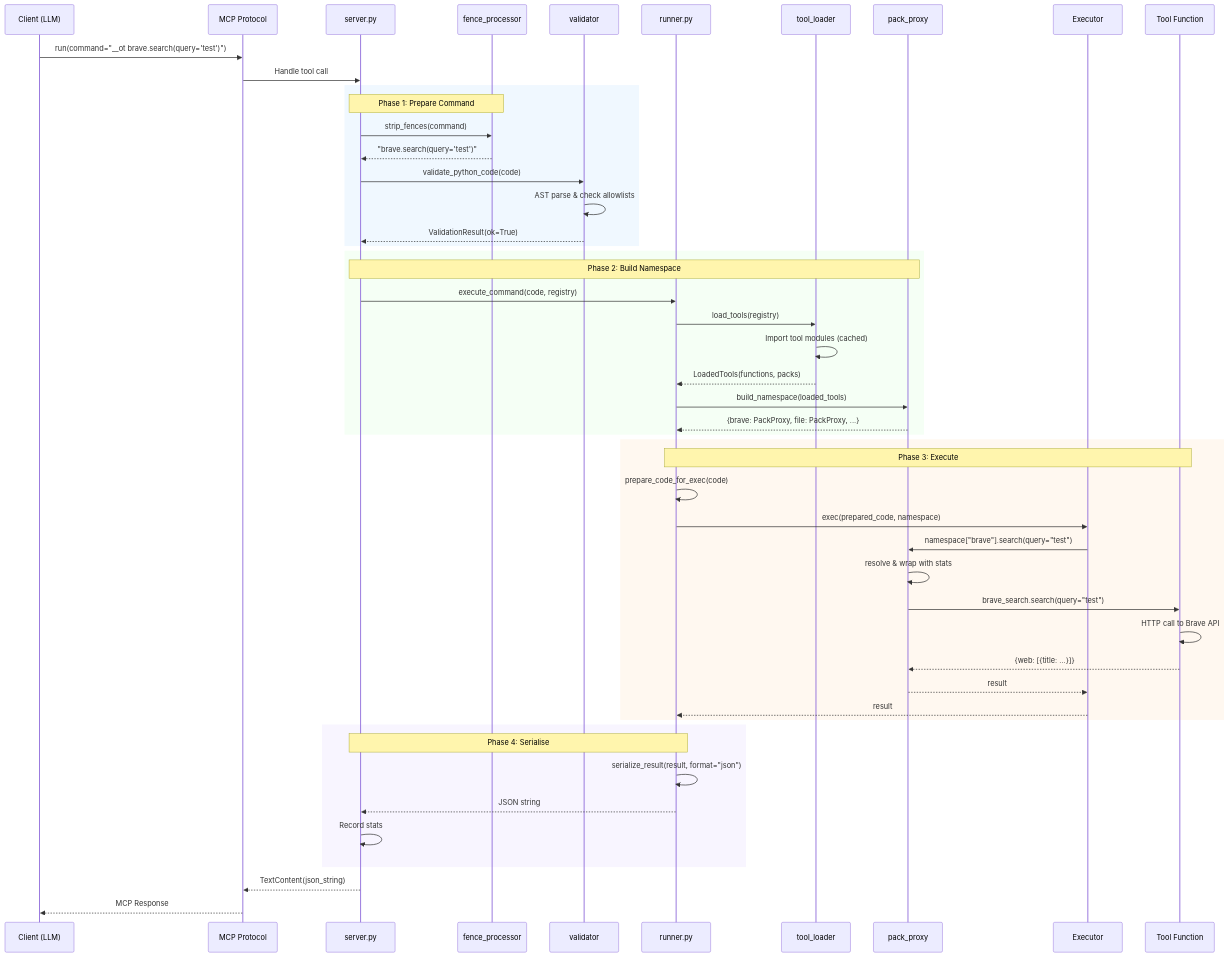
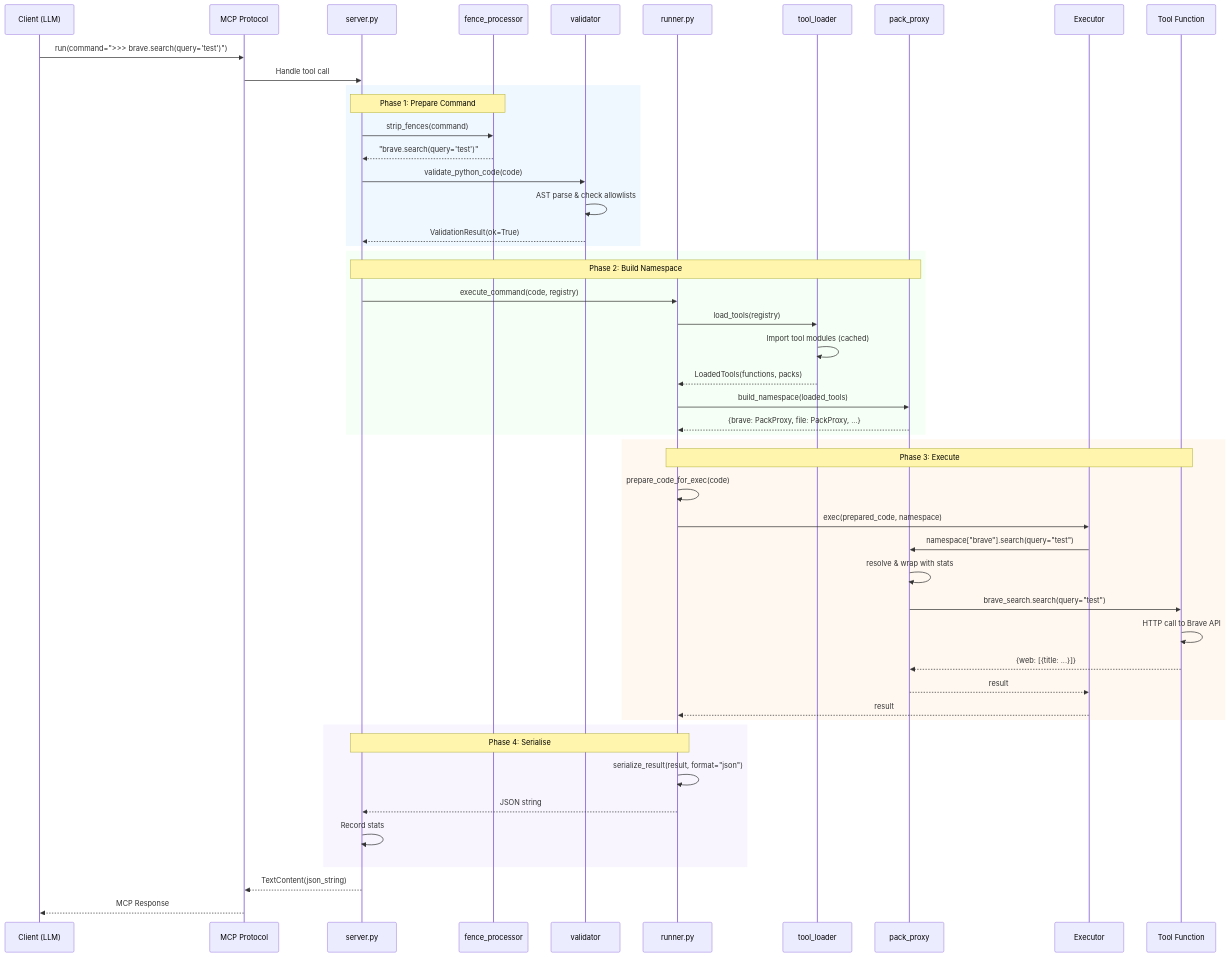
One commit to robertpelloni/onetool-mcp changed the diagram in dev/project/arch/request-pipeline.md. Above: the diagram before and after it, drawn with Mermaid. The commit also changed other lines of this file and 57 other files, not shown here.

````diff
--- a/dev/project/arch/request-pipeline.md
+++ b/dev/project/arch/request-pipeline.md
@@ -17,58 +17,58 @@
 ```mermaid
 sequenceDiagram
     participant C as Client (LLM)
     participant M as MCP Protocol
     participant S as server.py
     participant F as fence_processor
     participant V as validator
     participant R as runner.py
     participant L as tool_loader
     participant P as pack_proxy
     participant E as Executor
     participant T as Tool Function
 
-    C->>M: run(command="__ot brave.search(query='test')")
+    C->>M: run(command=">>> brave.search(query='test')")
     M->>S: Handle tool call
 
     rect rgb(240, 248, 255)
         Note over S,F: Phase 1: Prepare Command
         S->>F: strip_fences(command)
         F-->>S: "brave.search(query='test')"
         S->>V: validate_python_code(code)
         V->>V: AST parse & check allowlists
         V-->>S: ValidationResult(ok=True)
     end
 
     rect rgb(245, 255, 245)
         Note over S,P: Phase 2: Build Namespace
         S->>R: execute_command(code, registry)
         R->>L: load_tools(registry)
         L->>L: Import tool modules (cached)
         L-->>R: LoadedTools(functions, packs)
         R->>P: build_namespace(loaded_tools)
         P-->>R: {brave: PackProxy, file: PackProxy, ...}
     end
 
     rect rgb(255, 248, 240)
         Note over R,T: Phase 3: Execute
         R->>R: prepare_code_for_exec(code)
         R->>E: exec(prepared_code, namespace)
         E->>P: namespace["brave"].search(query="test")
         P->>P: resolve & wrap with stats
         P->>T: brave_search.search(query="test")
         T->>T: HTTP call to Brave API
         T-->>P: {web: [{title: ...}]}
         P-->>E: result
         E-->>R: result
     end
 
     rect rgb(248, 245, 255)
         Note over R,S: Phase 4: Serialise
         R->>R: serialize_result(result, format="json")
         R-->>S: JSON string
         S->>S: Record stats
     end
 
     S-->>M: TextContent(json_string)
     M-->>C: MCP Response
 ```
````
